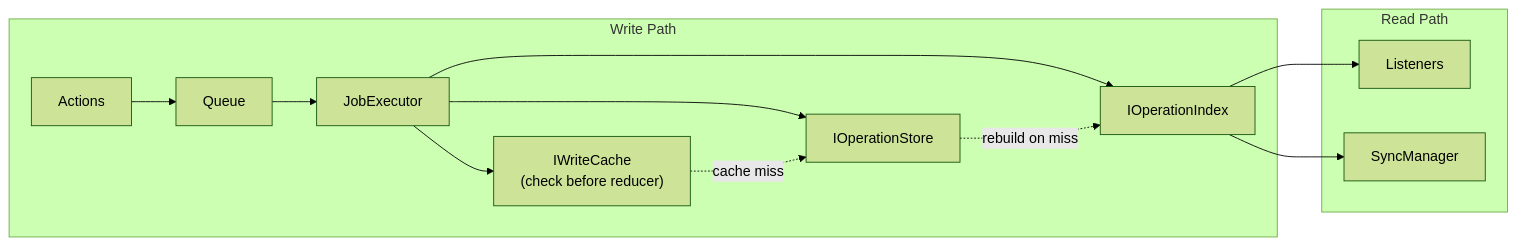
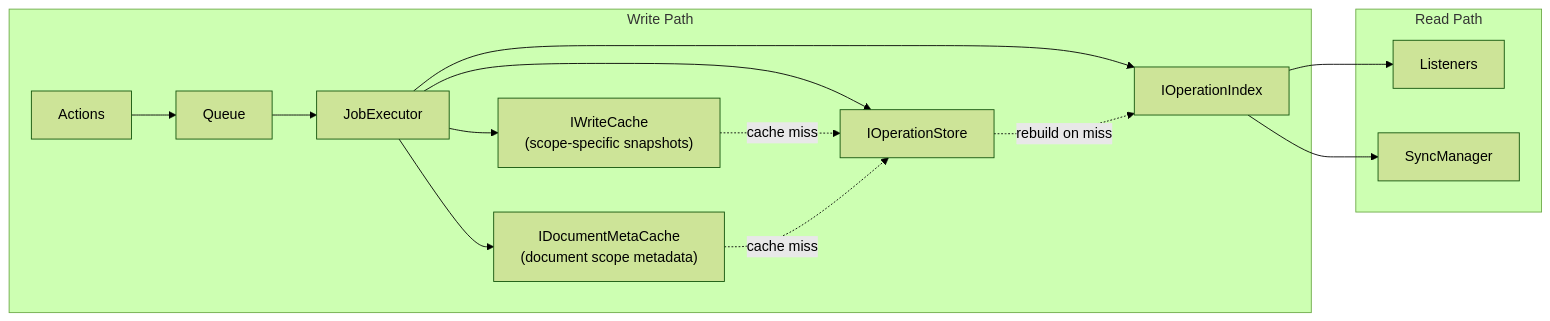
One commit to powerhouse-inc/powerhouse changed the diagram in packages/reactor/docs/planning/Cache/index.md. Above: the diagram before and after it, drawn with Mermaid (forest theme). The commit also changed other lines of this file and 4 other files, not shown here.

````diff
--- a/packages/reactor/docs/planning/Cache/index.md
+++ b/packages/reactor/docs/planning/Cache/index.md
@@ -54,16 +71,18 @@
 ```mermaid
 flowchart LR
   subgraph Write Path
     Actions --> Queue --> JobExecutor
-    JobExecutor --> WriteCache["IWriteCache<br/>(check before reducer)"]
+    JobExecutor --> WriteCache["IWriteCache<br/>(scope-specific snapshots)"]
+    JobExecutor --> MetaCache["IDocumentMetaCache<br/>(document scope metadata)"]
     JobExecutor --> OpStore["IOperationStore"]
     JobExecutor --> OpIndex["IOperationIndex"]
     WriteCache -.->|cache miss| OpStore
+    MetaCache -.->|cache miss| OpStore
   end
 
   subgraph Read Path
     OpIndex --> Listeners
     OpIndex --> SyncManager
     OpStore -.->|rebuild on miss| OpIndex
   end
 ```
````
